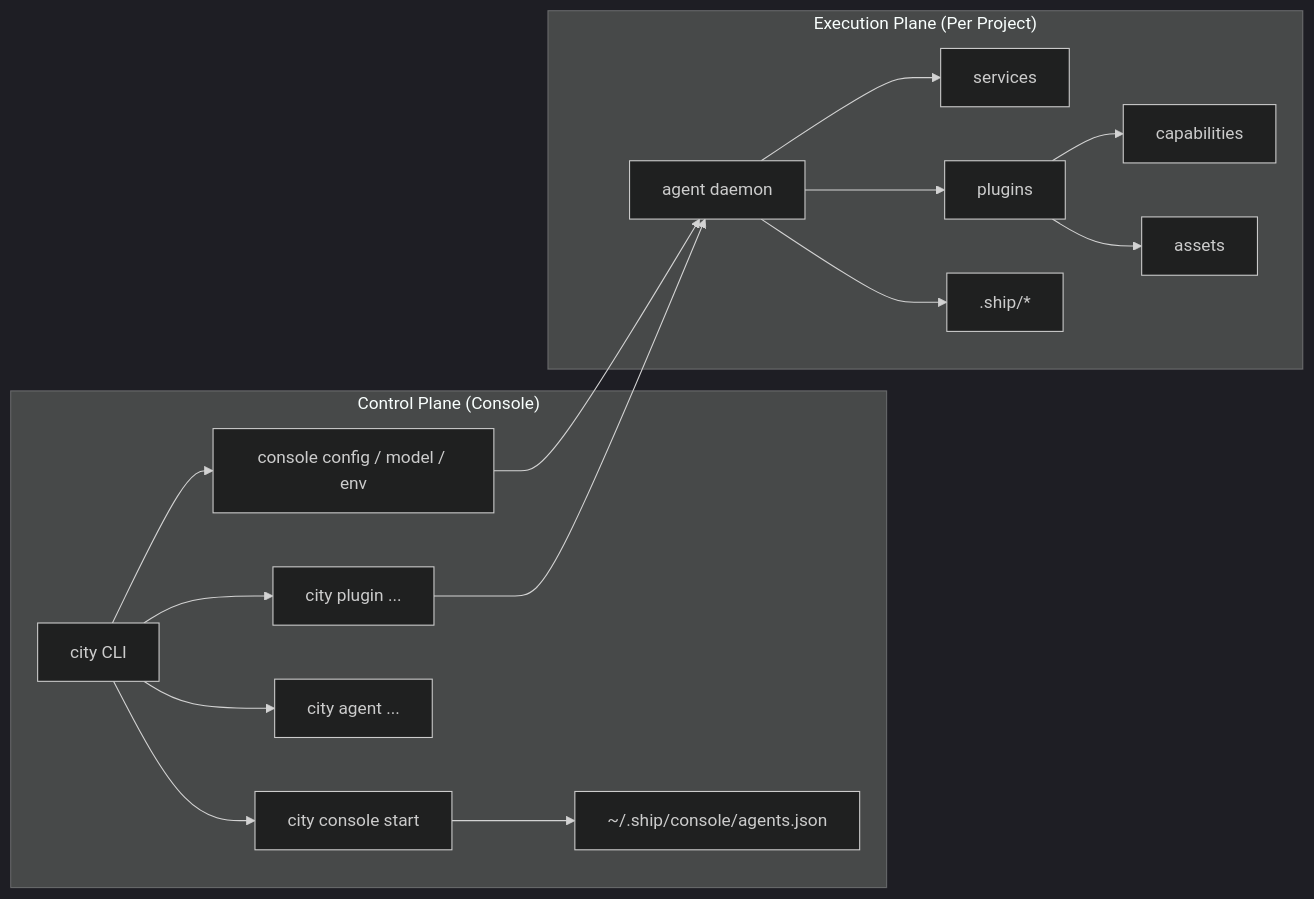
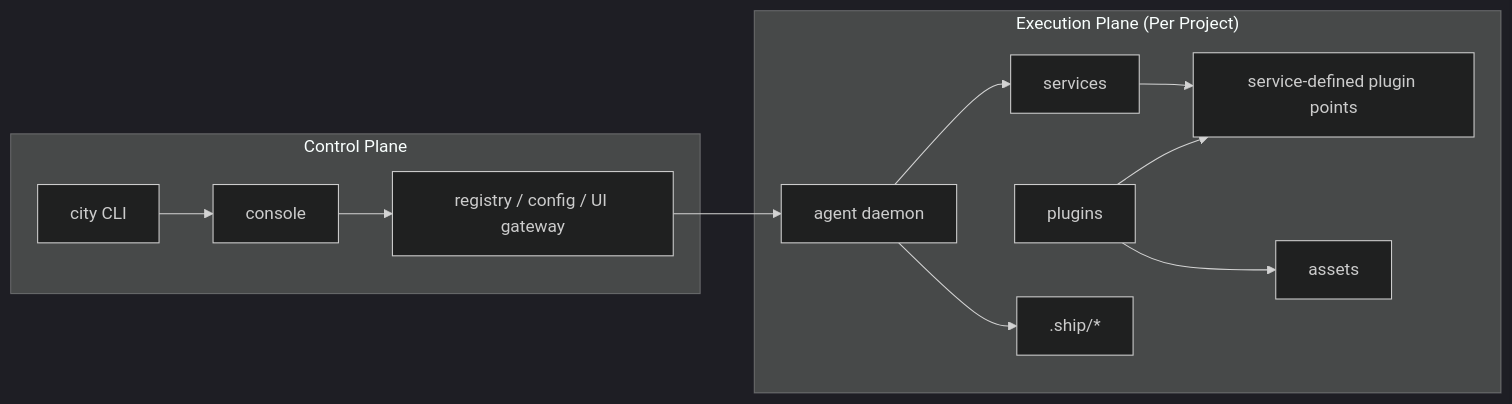
One commit to wangenius/downcity changed the first of 2 diagrams in homepage/content/docs/en/concepts/logic-map.mdx. Above: the diagram before and after it, drawn with Mermaid (dark theme). The commit also changed other lines of this file and 168 other files, not shown here.

````diff
--- a/homepage/content/docs/en/concepts/logic-map.mdx
+++ b/homepage/content/docs/en/concepts/logic-map.mdx
@@ -23,21 +22,17 @@
 ```mermaid
 flowchart LR
-  subgraph CP["Control Plane (Console)"]
-    CLI["city CLI"] --> CONSOLE["city console start"]
-    CLI --> CFG["console config / model / env"]
-    CLI --> AGENTOPS["city agent ..."]
-    CLI --> PLUGINOPS["city plugin ..."]
-    CONSOLE --> REG["~/.ship/console/agents.json"]
+  subgraph CP["Control Plane"]
+    CLI["city CLI"] --> CONSOLE["console"]
+    CONSOLE --> REG["registry / config / UI gateway"]
   end
 
   subgraph DP["Execution Plane (Per Project)"]
     AGENT["agent daemon"] --> SERVICES["services"]
-    AGENT --> PLUGINS["plugins"]
-    PLUGINS --> CAPS["capabilities"]
+    SERVICES --> POINTS["service-defined plugin points"]
+    PLUGINS["plugins"] --> POINTS
     PLUGINS --> ASSETS["assets"]
     AGENT --> SHIP[".ship/*"]
   end
 
-  CFG --> AGENT
-  PLUGINOPS --> AGENT
+  REG --> AGENT
 ```
````
